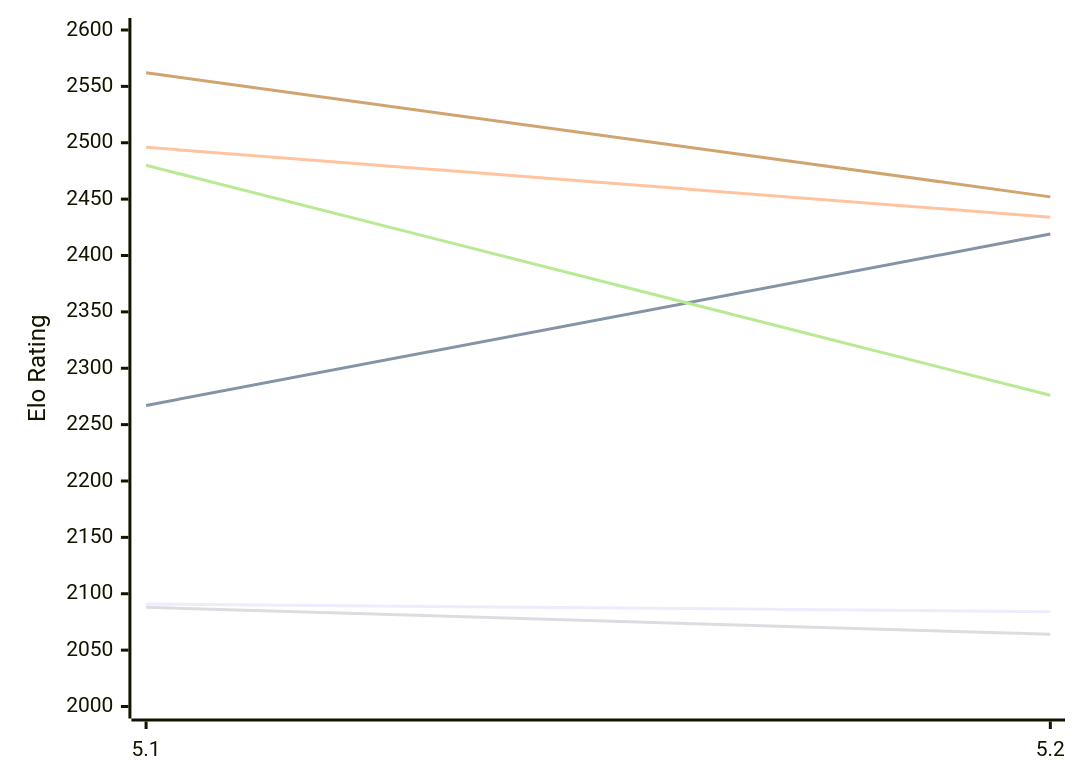
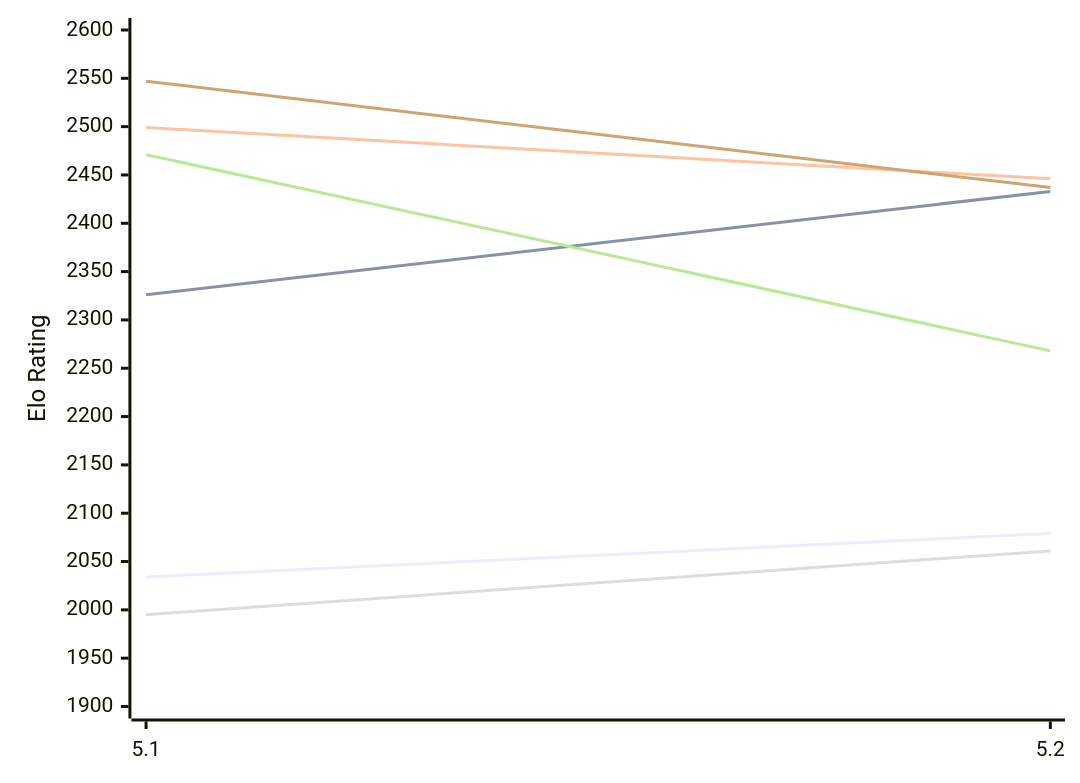
Before and after one commit to computer-chess-index/cci: the first of 2 diagrams in engines/Prophet.md, drawn with Mermaid. The commit also changed other lines of this file, not shown here.

Commit message:
Update CCI Ratings (ELO VLTC) - 2026-11-14

````diff
--- a/engines/Prophet.md
+++ b/engines/Prophet.md
@@ -50,12 +50,12 @@
 ```mermaid
 %%{init: {"theme":"base","themeVariables":{"seriesColors:['#a3a3a3','#222221','#faa371']}}}%%
 xychart-beta
   x-axis ["5.1", "5.2"]
-  y-axis "Elo Rating" 2000 --> 2600
-  line "E1: STC (8.0+0.08s)" [2091, 2084]
-  line "E1: LTC (60.0+0.60s)" [2267, 2419]
-  line "E1: VLTC (2m24s+1.12s)" [2496, 2434]
-  line "P1: STC (8.0+0.08s)" [2088, 2064]
-  line "P1: LTC (60.0+0.60s)" [2480, 2276]
-  line "P1: VLTC (2m24s+1.12s)" [2562, 2452]
+  y-axis "Elo Rating" 1900 --> 2600
+  line "E1: STC (8.0+0.08s)" [2034, 2079]
+  line "E1: LTC (60.0+0.60s)" [2326, 2433]
+  line "E1: VLTC (2m24s+1.12s)" [2499, 2446]
+  line "P1: STC (8.0+0.08s)" [1995, 2061]
+  line "P1: LTC (60.0+0.60s)" [2471, 2268]
+  line "P1: VLTC (2m24s+1.12s)" [2547, 2437]
 ```
````
